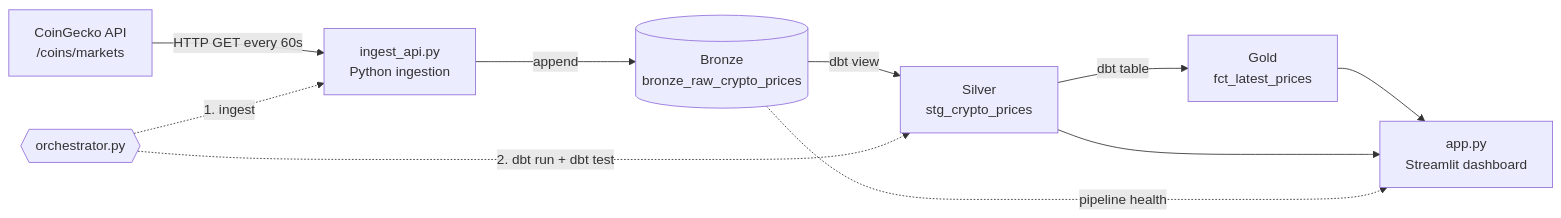
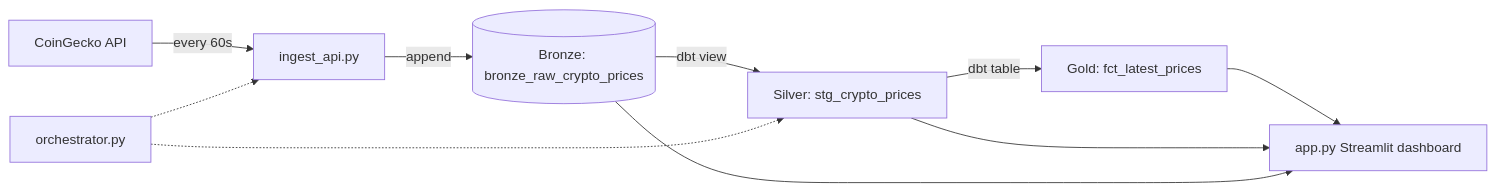
One commit to samtoy89/Automated-API-data-pipeline-with-Bronze-Silver-Gold-layers-dbt-transformations-tests-and-Streamlit changed the first of 2 diagrams in README.md. Above: the diagram before and after it, drawn with Mermaid.

Commit message:
Simplify README architecture diagram for GitHub's Mermaid renderer

````diff
--- a/README.md
+++ b/README.md
@@ -9,12 +9,12 @@
 ```mermaid
-flowchart LR
-    A["CoinGecko API<br/>/coins/markets"] -->|"HTTP GET every 60s"| B["ingest_api.py<br/>Python ingestion"]
-    B -->|"append"| C[("Bronze<br/>bronze_raw_crypto_prices")]
-    C -->|"dbt view"| D["Silver<br/>stg_crypto_prices"]
-    D -->|"dbt table"| E["Gold<br/>fct_latest_prices"]
-    E --> F["app.py<br/>Streamlit dashboard"]
+graph LR
+    A[CoinGecko API] -->|every 60s| B[ingest_api.py]
+    B -->|append| C[(Bronze: bronze_raw_crypto_prices)]
+    C -->|dbt view| D[Silver: stg_crypto_prices]
+    D -->|dbt table| E[Gold: fct_latest_prices]
+    E --> F[app.py Streamlit dashboard]
     D --> F
-    C -.->|"pipeline health"| F
-    O{{"orchestrator.py"}} -.->|"1. ingest"| B
-    O -.->|"2. dbt run + dbt test"| D
+    C --> F
+    O[orchestrator.py] -.-> B
+    O -.-> D
 ```
````
